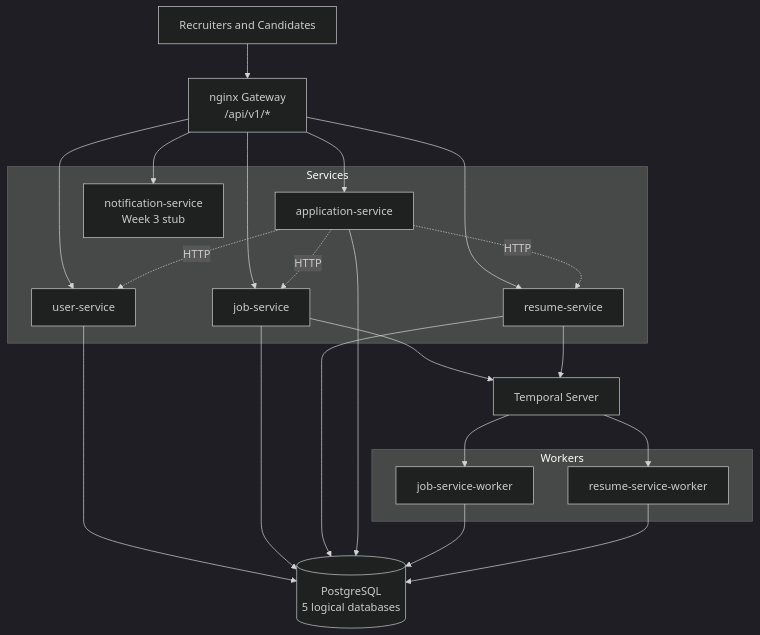
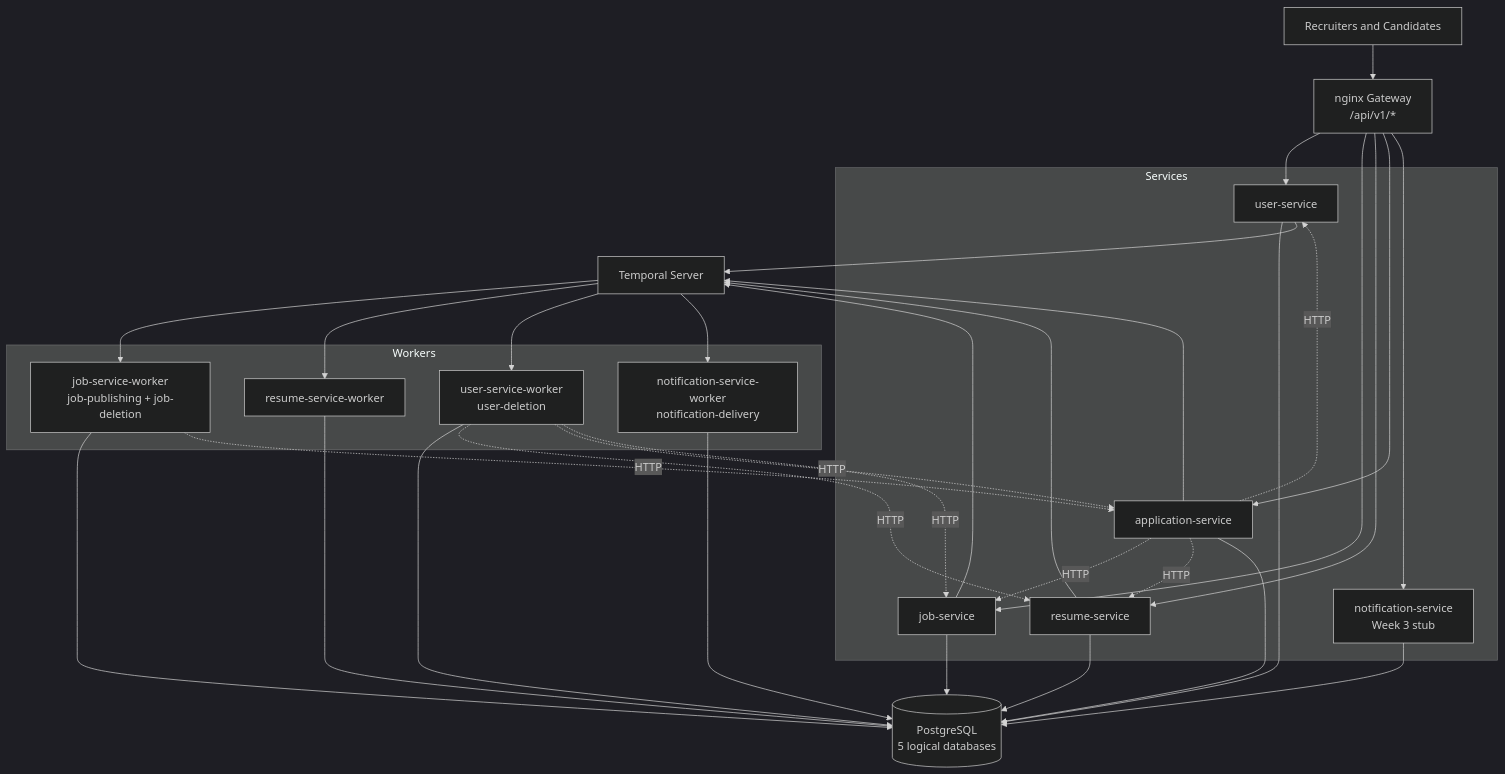
The first of 7 diagrams in docs/ARCHITECTURE.md (afnan-emumba/smart-hire), drawn with Mermaid (dark theme) before and after one commit. The commit also changed other lines of this file and 3 other files, not shown here.

First line of the commit message:
docs: document Temporal cascade-delete and notification workflows

````diff
--- a/docs/ARCHITECTURE.md
+++ b/docs/ARCHITECTURE.md
@@ -9,44 +9,58 @@
 ```mermaid
 flowchart TD
     user[Recruiters and Candidates]
     gateway[nginx Gateway<br/>/api/v1/*]
 
     subgraph Services
         userSvc[user-service]
         jobSvc[job-service]
         resumeSvc[resume-service]
         applicationSvc[application-service]
         notificationSvc[notification-service<br/>Week 3 stub]
     end
 
     subgraph Workers
-        jobWorker[job-service-worker]
+        jobWorker[job-service-worker<br/>job-publishing + job-deletion]
         resumeWorker[resume-service-worker]
+        userWorker[user-service-worker<br/>user-deletion]
+        notificationWorker[notification-service-worker<br/>notification-delivery]
     end
 
     temporal[Temporal Server]
     postgres[(PostgreSQL<br/>5 logical databases)]
 
     user --> gateway
     gateway --> userSvc
     gateway --> jobSvc
     gateway --> resumeSvc
     gateway --> applicationSvc
     gateway --> notificationSvc
 
     applicationSvc -.HTTP.-> jobSvc
     applicationSvc -.HTTP.-> userSvc
     applicationSvc -.HTTP.-> resumeSvc
 
     userSvc --> postgres
     jobSvc --> postgres
     resumeSvc --> postgres
     applicationSvc --> postgres
+    notificationSvc --> postgres
 
+    userSvc --> temporal
     jobSvc --> temporal
     resumeSvc --> temporal
+    applicationSvc --> temporal
     temporal --> jobWorker
     temporal --> resumeWorker
+    temporal --> userWorker
+    temporal --> notificationWorker
     jobWorker --> postgres
     resumeWorker --> postgres
+    userWorker --> postgres
+    notificationWorker --> postgres
+
+    userWorker -.HTTP.-> resumeSvc
+    userWorker -.HTTP.-> applicationSvc
+    userWorker -.HTTP.-> jobSvc
+    jobWorker -.HTTP.-> applicationSvc
 ```
````
